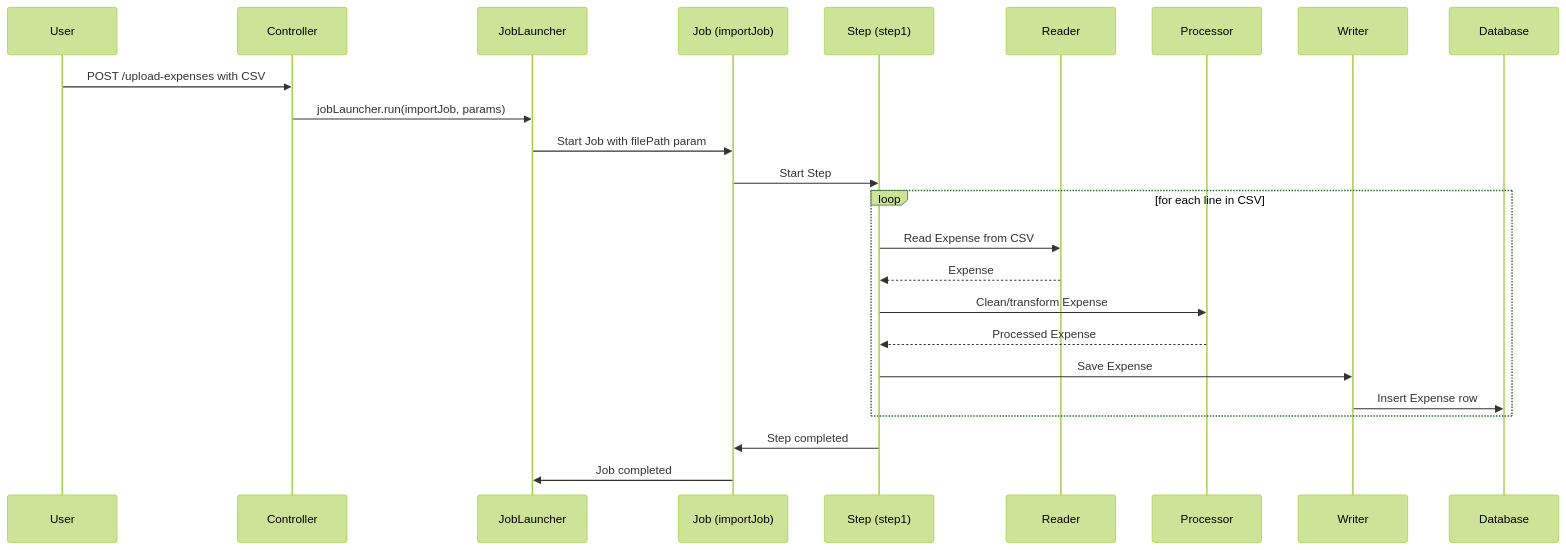
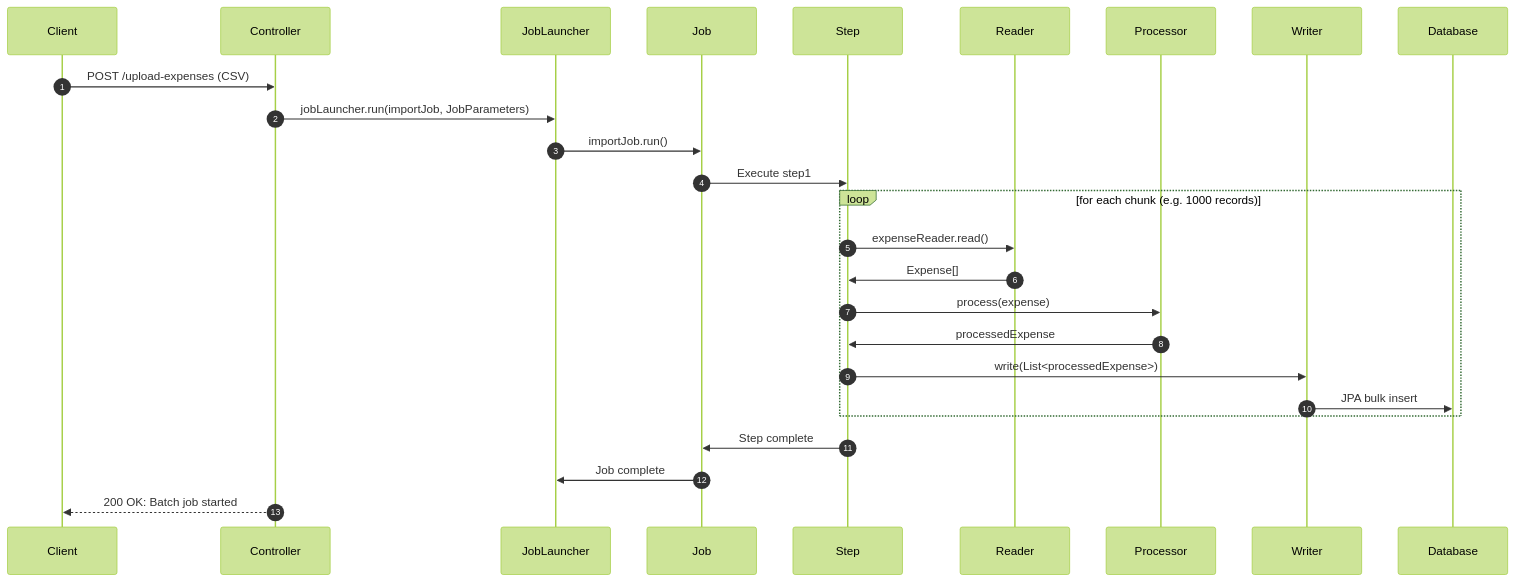
One commit to mediocreasian/springbatch-expense-process changed the diagram in README.md. Above: the diagram before and after it, drawn with Mermaid (forest theme). The commit also changed other lines of this file and 2 other files, not shown here.

Commit message:
Updated Batch Handling, do 1000 records per BULK INSERTION

`````diff
--- a/README.md
+++ b/README.md
@@ -44,27 +38,29 @@
 ```mermaid
 sequenceDiagram
-    participant User
+    autonumber
+    participant Client
     participant Controller
     participant JobLauncher
-    participant Job (importJob)
-    participant Step (step1)
+    participant Job
+    participant Step
     participant Reader
     participant Processor
     participant Writer
     participant Database
 
-    User->>Controller: POST /upload-expenses with CSV
-    Controller->>JobLauncher: jobLauncher.run(importJob, params)
-    JobLauncher->>Job (importJob): Start Job with filePath param
-    Job (importJob)->>Step (step1): Start Step
-    loop for each line in CSV
-        Step (step1)->>Reader: Read Expense from CSV
-        Reader-->>Step (step1): Expense
-        Step (step1)->>Processor: Clean/transform Expense
-        Processor-->>Step (step1): Processed Expense
-        Step (step1)->>Writer: Save Expense
-        Writer->>Database: Insert Expense row
+    Client->>Controller: POST /upload-expenses (CSV)
+    Controller->>JobLauncher: jobLauncher.run(importJob, JobParameters)
+    JobLauncher->>Job: importJob.run()
+    Job->>Step: Execute step1
+    loop for each chunk (e.g. 1000 records)
+        Step->>Reader: expenseReader.read()
+        Reader->>Step: Expense[]
+        Step->>Processor: process(expense)
+        Processor->>Step: processedExpense
+        Step->>Writer: write(List<processedExpense>)
+        Writer->>Database: JPA bulk insert
     end
-    Step (step1)->>Job (importJob): Step completed
-    Job (importJob)->>JobLauncher: Job completed
+    Step->>Job: Step complete
+    Job->>JobLauncher: Job complete
+    Controller-->>Client: 200 OK: Batch job started
 ````
`````
